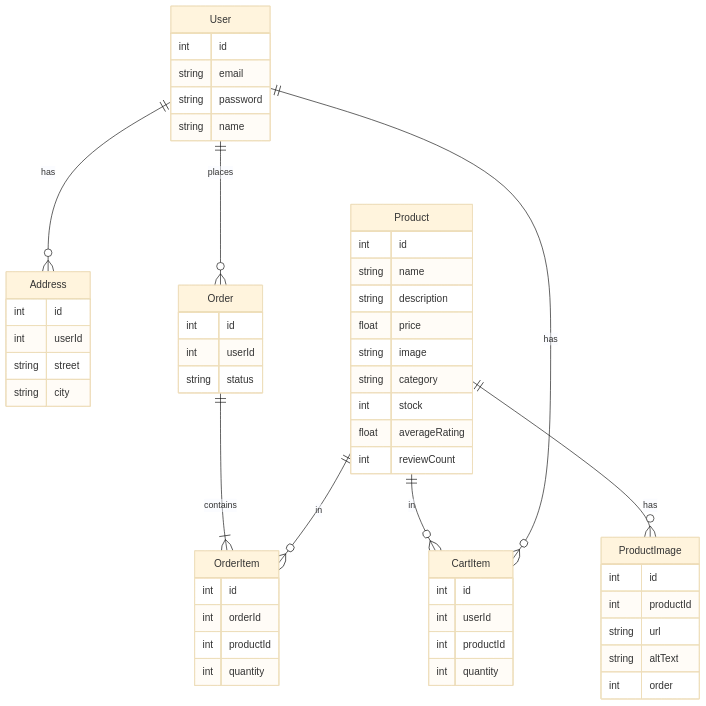
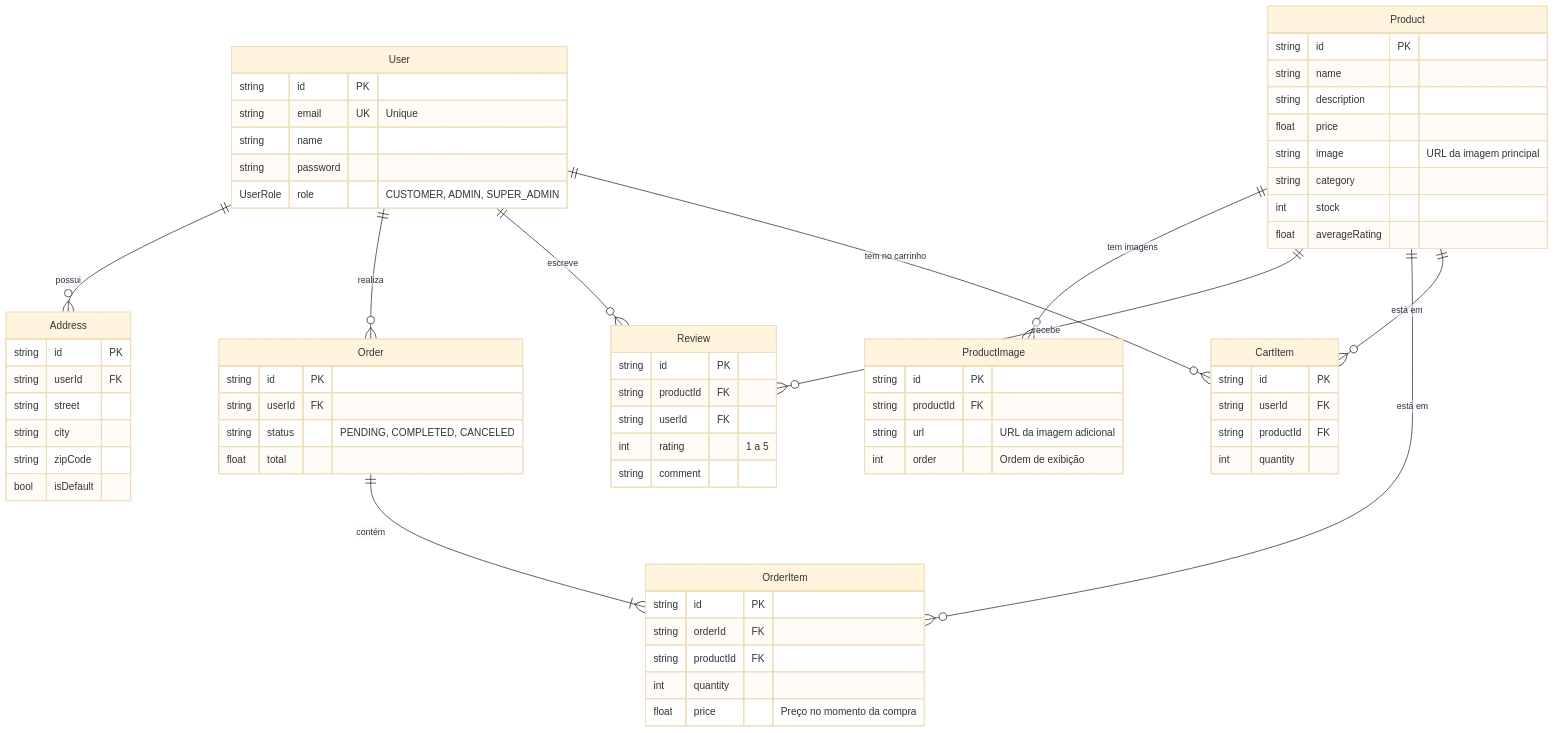
Before and after one commit to ppconrado/modern-e-commerce: the second of 4 diagrams in PROJECT_OVERVIEW.md, drawn with Mermaid (base theme). The commit also changed other lines of this file, not shown here.

````diff
--- a/PROJECT_OVERVIEW.md
+++ b/PROJECT_OVERVIEW.md
@@ -153,57 +73,70 @@
 ```mermaid
 erDiagram
-  User {
-    int id
-    string email
-    string password
-    string name
-  }
-  Address {
-    int id
-    int userId
-    string street
-    string city
-  }
-  Product {
-    int id
-    string name
-    string description
-    float price
-    string image
-    string category
-    int stock
-    float averageRating
-    int reviewCount
-  }
-  ProductImage {
-    int id
-    int productId
-    string url
-    string altText
-    int order
-  }
-  Order {
-    int id
-    int userId
-    string status
-  }
-  OrderItem {
-    int id
-    int orderId
-    int productId
-    int quantity
-  }
-  CartItem {
-    int id
-    int userId
-    int productId
-    int quantity
-  }
-  User ||--o{ Order : places
-  User ||--o{ Address : has
-  Order ||--|{ OrderItem : contains
-  Product ||--o{ OrderItem : in
-  Product ||--o{ CartItem : in
-  User ||--o{ CartItem : has
-  Product ||--o{ ProductImage : has
+    User {
+        string id PK
+        string email UK "Unique"
+        string name
+        string password
+        UserRole role "CUSTOMER, ADMIN, SUPER_ADMIN"
+    }
+    Address {
+        string id PK
+        string userId FK
+        string street
+        string city
+        string zipCode
+        bool isDefault
+    }
+    Product {
+        string id PK
+        string name
+        string description
+        float price
+        string image "URL da imagem principal"
+        string category
+        int stock
+        float averageRating
+    }
+    ProductImage {
+        string id PK
+        string productId FK
+        string url "URL da imagem adicional"
+        int order "Ordem de exibição"
+    }
+    Review {
+        string id PK
+        string productId FK
+        string userId FK
+        int rating "1 a 5"
+        string comment
+    }
+    Order {
+        string id PK
+        string userId FK
+        string status "PENDING, COMPLETED, CANCELED"
+        float total
+    }
+    OrderItem {
+        string id PK
+        string orderId FK
+        string productId FK
+        int quantity
+        float price "Preço no momento da compra"
+    }
+    CartItem {
+        string id PK
+        string userId FK
+        string productId FK
+        int quantity
+    }
+
+    User ||--o{ Address : "possui"
+    User ||--o{ Order : "realiza"
+    User ||--o{ Review : "escreve"
+    User ||--o{ CartItem : "tem no carrinho"
+    Product ||--o{ ProductImage : "tem imagens"
+    Product ||--o{ Review : "recebe"
+    Product ||--o{ OrderItem : "está em"
+    Product ||--o{ CartItem : "está em"
+    Order ||--|{ OrderItem : "contém"
 ```
````
